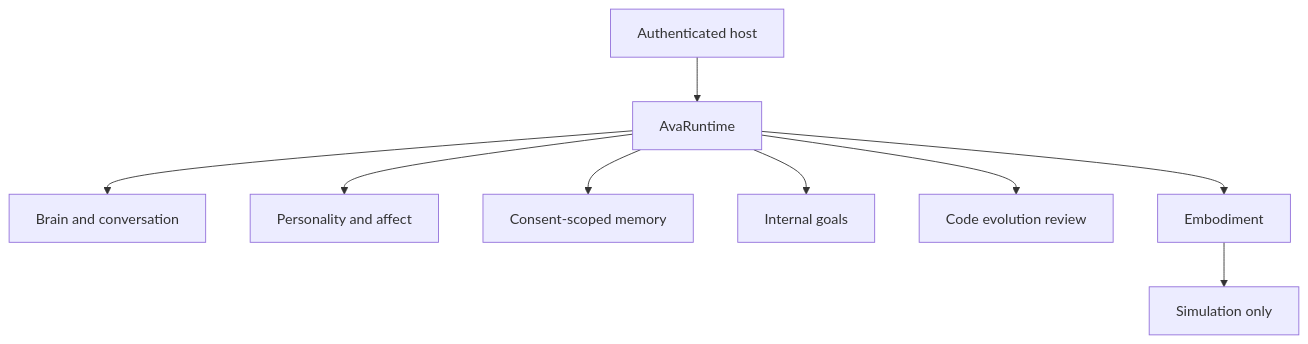
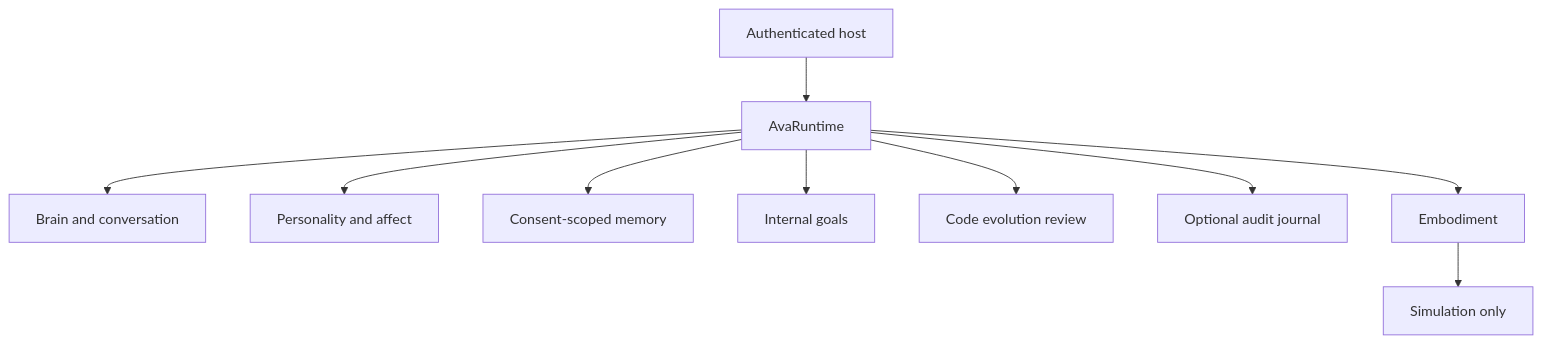
One commit to mojtabarozegar11-ship-it/Saeit changed the diagram in ava_core/ARCHITECTURE.md. Above: the diagram before and after it, drawn with Mermaid. The commit also changed other lines of this file, not shown here.

````diff
--- a/ava_core/ARCHITECTURE.md
+++ b/ava_core/ARCHITECTURE.md
@@ -10,11 +10,12 @@
 ```mermaid
 flowchart TD
   U["Authenticated host"] --> R["AvaRuntime"]
   R --> C["Brain and conversation"]
   R --> A["Personality and affect"]
   R --> M["Consent-scoped memory"]
   R --> G["Internal goals"]
   R --> V["Code evolution review"]
+  R --> J["Optional audit journal"]
   R --> E["Embodiment"]
   E --> S["Simulation only"]
 ```
````
